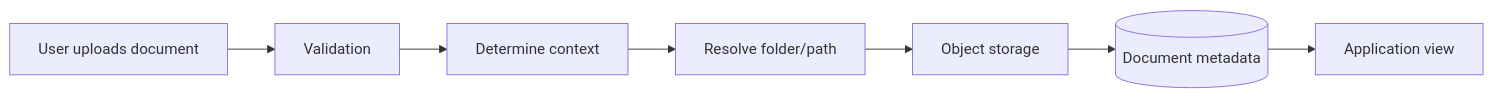
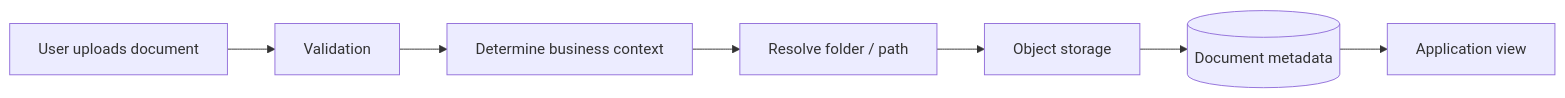
The diagram in case-studies/clinical-research-management.md (juancamiloguerrero/professional-case-studies), drawn with Mermaid before and after one commit. The commit also changed other lines of this file and 21 other files, not shown here.

````diff
--- a/case-studies/clinical-research-management.md
+++ b/case-studies/clinical-research-management.md
@@ -32,9 +49,9 @@
 ```mermaid
 flowchart LR
     U[User uploads document] --> V[Validation]
-    V --> C[Determine context]
-    C --> F[Resolve folder/path]
+    V --> C[Determine business context]
+    C --> F[Resolve folder / path]
     F --> S[Object storage]
     S --> M[(Document metadata)]
     M --> UI[Application view]
 ```
````
